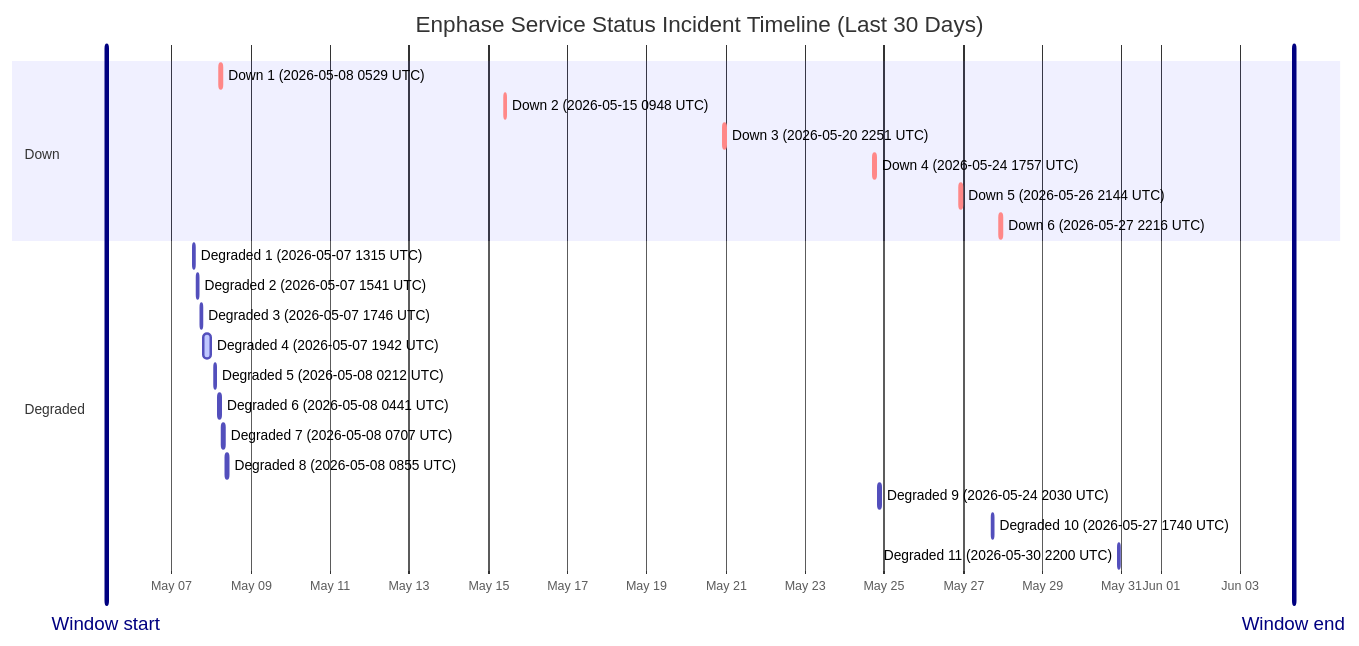
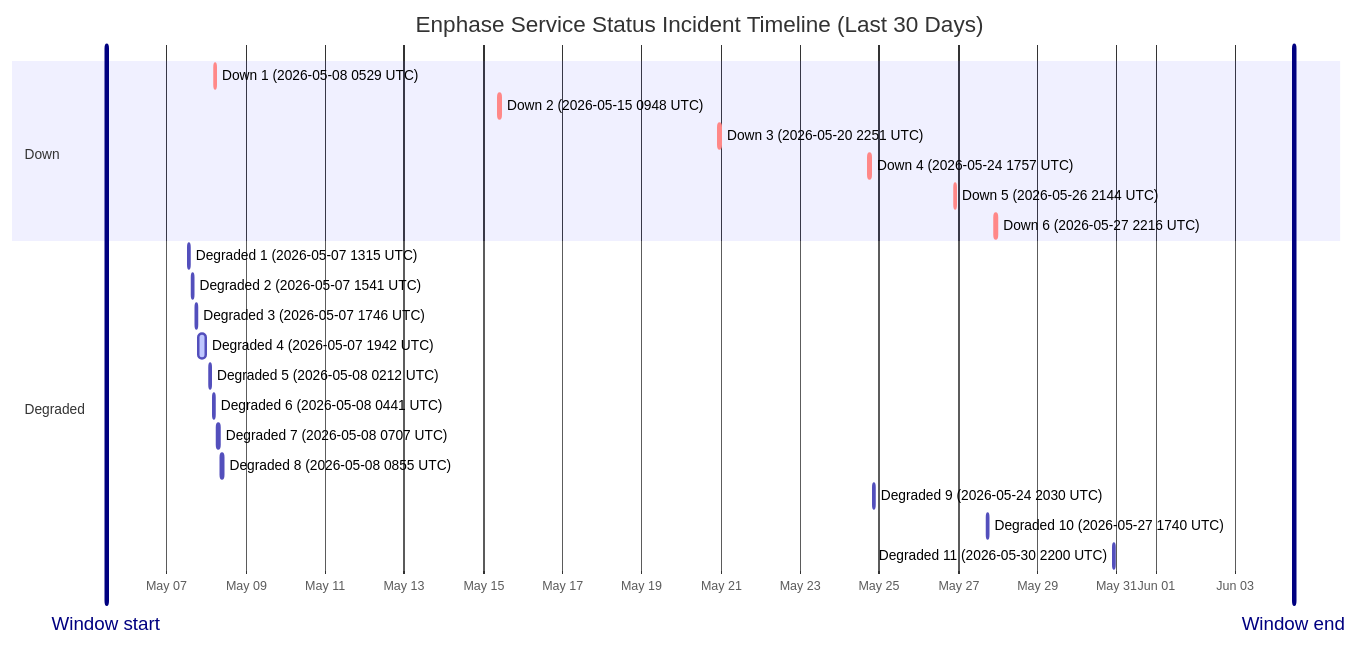
One commit to barneyonline/ha-enphase-energy changed the diagram in wiki/Service-Status-History.md. Above: the diagram before and after it, drawn with Mermaid. The commit also changed other lines of this file and 3 other files, not shown here.

````diff
--- a/wiki/Service-Status-History.md
+++ b/wiki/Service-Status-History.md
@@ -14,27 +14,27 @@
 ```mermaid
 gantt
     title Enphase Service Status Incident Timeline (Last 30 Days)
     dateFormat  YYYY-MM-DDTHH:mm:ss
     axisFormat  %b %d
-    Window start :vert, window-start, 2026-05-05T08:20:21, 0ms
-    Window end :vert, window-end, 2026-06-04T08:20:21, 0ms
+    Window start :vert, window-start, 2026-05-05T11:29:27, 0ms
+    Window end :vert, window-end, 2026-06-04T11:29:27, 0ms
     section Down
     Down 1 (2026-05-08 0529 UTC) :crit, down-1, 2026-05-08T05:29:47, 60m
     Down 2 (2026-05-15 0948 UTC) :crit, down-2, 2026-05-15T09:48:18, 60m
     Down 3 (2026-05-20 2251 UTC) :crit, down-3, 2026-05-20T22:51:14, 75m
     Down 4 (2026-05-24 1757 UTC) :crit, down-4, 2026-05-24T17:57:41, 86m
     Down 5 (2026-05-26 2144 UTC) :crit, down-5, 2026-05-26T21:44:11, 85m
     Down 6 (2026-05-27 2216 UTC) :crit, down-6, 2026-05-27T22:16:53, 87m
     section Degraded
     Degraded 1 (2026-05-07 1315 UTC) :active, degraded-1, 2026-05-07T13:15:25, 60m
     Degraded 2 (2026-05-07 1541 UTC) :active, degraded-2, 2026-05-07T15:41:58, 60m
     Degraded 3 (2026-05-07 1746 UTC) :active, degraded-3, 2026-05-07T17:46:51, 60m
     Degraded 4 (2026-05-07 1942 UTC) :active, degraded-4, 2026-05-07T19:42:10, 249m
     Degraded 5 (2026-05-08 0212 UTC) :active, degraded-5, 2026-05-08T02:12:39, 60m
     Degraded 6 (2026-05-08 0441 UTC) :active, degraded-6, 2026-05-08T04:41:46, 60m
     Degraded 7 (2026-05-08 0707 UTC) :active, degraded-7, 2026-05-08T07:07:30, 60m
     Degraded 8 (2026-05-08 0855 UTC) :active, degraded-8, 2026-05-08T08:55:20, 88m
     Degraded 9 (2026-05-24 2030 UTC) :active, degraded-9, 2026-05-24T20:30:57, 84m
     Degraded 10 (2026-05-27 1740 UTC) :active, degraded-10, 2026-05-27T17:40:52, 60m
     Degraded 11 (2026-05-30 2200 UTC) :active, degraded-11, 2026-05-30T22:00:37, 60m
 ```
````
